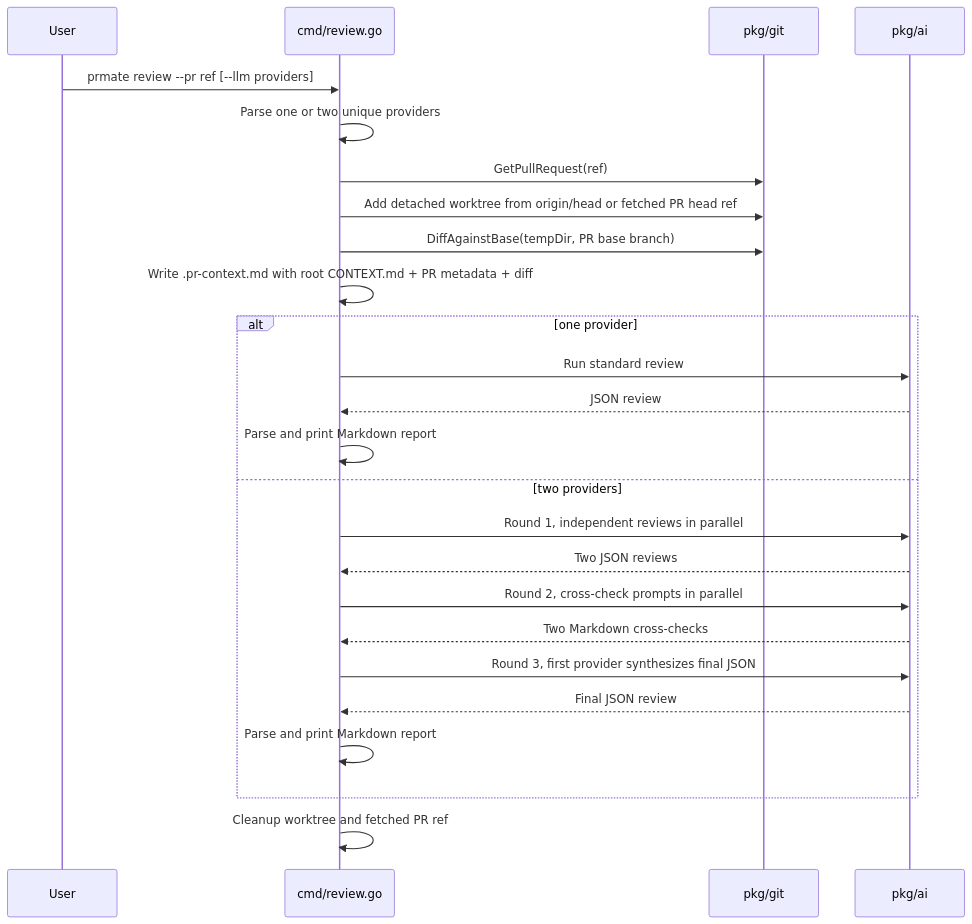
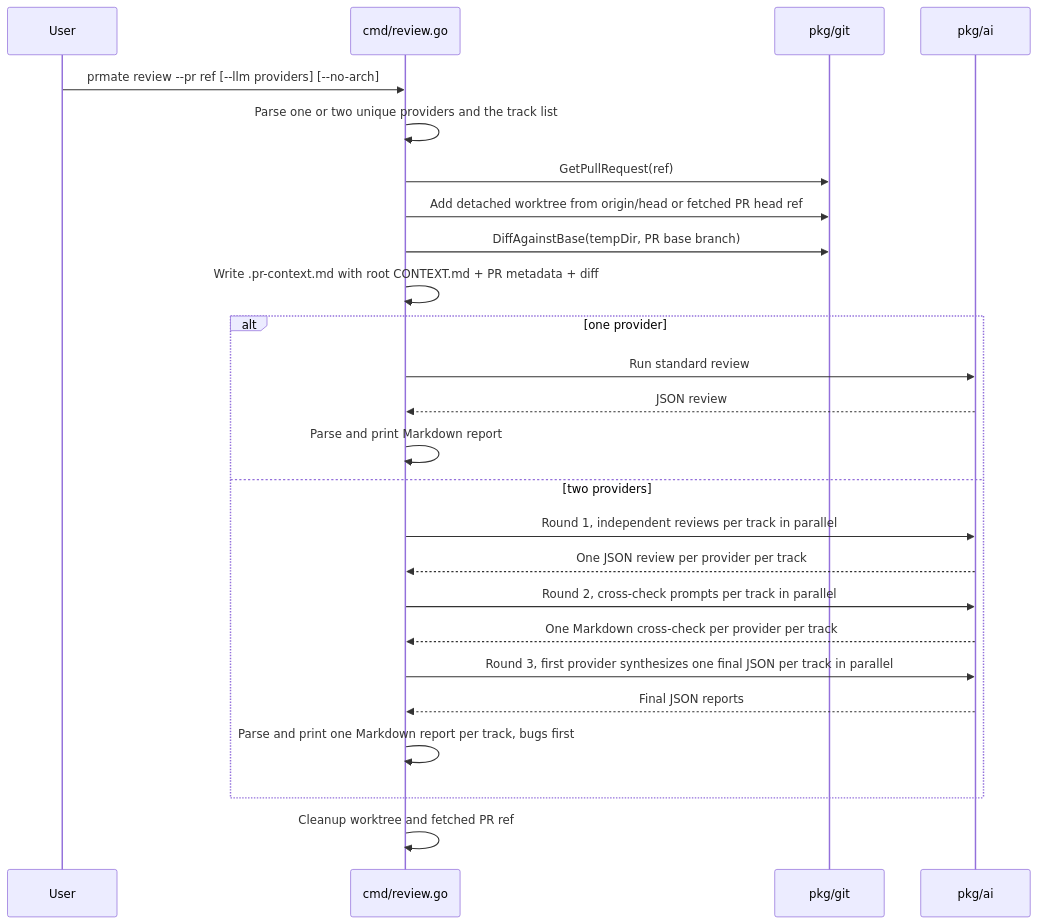
Before and after one commit to mpiorowski/prmate: the fourth of 4 diagrams in CONTEXT.md, drawn with Mermaid. The commit also changed other lines of this file and 10 other files, not shown here.

````diff
--- a/CONTEXT.md
+++ b/CONTEXT.md
@@ -223,28 +224,28 @@
 ```mermaid
 sequenceDiagram
     participant U as User
     participant R as cmd/review.go
     participant G as pkg/git
     participant A as pkg/ai
 
-    U->>R: prmate review --pr ref [--llm providers]
-    R->>R: Parse one or two unique providers
+    U->>R: prmate review --pr ref [--llm providers] [--no-arch]
+    R->>R: Parse one or two unique providers and the track list
     R->>G: GetPullRequest(ref)
     R->>G: Add detached worktree from origin/head or fetched PR head ref
     R->>G: DiffAgainstBase(tempDir, PR base branch)
     R->>R: Write .pr-context.md with root CONTEXT.md + PR metadata + diff
     alt one provider
         R->>A: Run standard review
         A-->>R: JSON review
         R->>R: Parse and print Markdown report
     else two providers
-        R->>A: Round 1, independent reviews in parallel
-        A-->>R: Two JSON reviews
-        R->>A: Round 2, cross-check prompts in parallel
-        A-->>R: Two Markdown cross-checks
-        R->>A: Round 3, first provider synthesizes final JSON
-        A-->>R: Final JSON review
-        R->>R: Parse and print Markdown report
+        R->>A: Round 1, independent reviews per track in parallel
+        A-->>R: One JSON review per provider per track
+        R->>A: Round 2, cross-check prompts per track in parallel
+        A-->>R: One Markdown cross-check per provider per track
+        R->>A: Round 3, first provider synthesizes one final JSON per track in parallel
+        A-->>R: Final JSON reports
+        R->>R: Parse and print one Markdown report per track, bugs first
     end
     R->>R: Cleanup worktree and fetched PR ref
 ```
````
